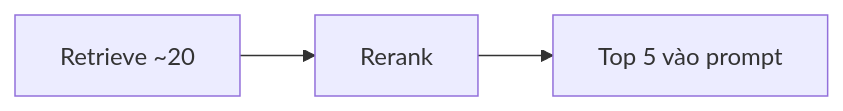
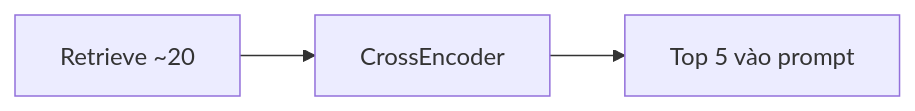
The eighth of 12 diagrams in docs/learning-guide.md (ducchungtx/advanced-rag-agent), drawn with Mermaid before and after one commit. The commit also changed other lines of this file and 13 other files, not shown here.

Commit message:
Enhance configuration for Phase 3 by adding reranking capabilities with cross-encoder. Update dependencies in pyproject.toml and .env.example. Modify documentation to reflect new features and improve clarity on the reranking process.

````diff
--- a/docs/learning-guide.md
+++ b/docs/learning-guide.md
@@ -178,4 +178,4 @@
 ```mermaid
 flowchart LR
-    A[Retrieve ~20] --> B[Rerank] --> C[Top 5 vào prompt]
+    A[Retrieve ~20] --> B[CrossEncoder] --> C[Top 5 vào prompt]
 ```
````
